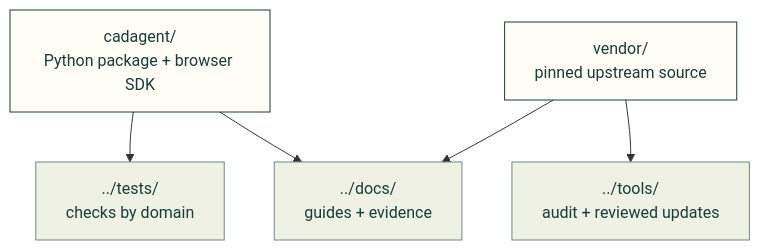
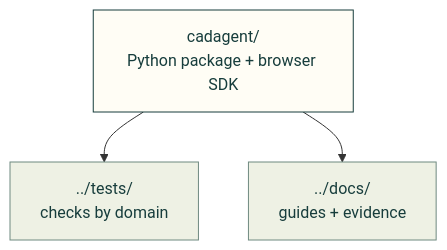
One commit to Valpatel/cad-agent changed the first of 2 diagrams in software/README.md. Above: the diagram before and after it, drawn with Mermaid. The commit also changed other lines of this file and 26 other files, not shown here.

Commit message:
docs(repo): make published folder diagrams readable across screen sizes

````diff
--- a/software/README.md
+++ b/software/README.md
@@ -5,11 +7,12 @@
 ```mermaid
 flowchart TD
-    C["cadagent/<br/>Python package + browser SDK"] --> T["../tests/<br/>checks by domain"]
-    V["vendor/<br/>pinned upstream source"] --> A["../tools/<br/>audit + reviewed updates"]
-    C --> D["../docs/<br/>guides + evidence"]
-    V --> D
+    C["cadagent/<br/>Python package + browser SDK"]
+    T["../tests/<br/>checks by domain"]
+    D["../docs/<br/>guides + evidence"]
+    C --> T
+    C --> D
     classDef here fill:#fffdf5,stroke:#173d3c,color:#173d3c
     classDef near fill:#eef1e4,stroke:#6f8a80,color:#173d3c
-    class C,V here
-    class T,A,D near
+    class C here
+    class T,D near
 ```
````
